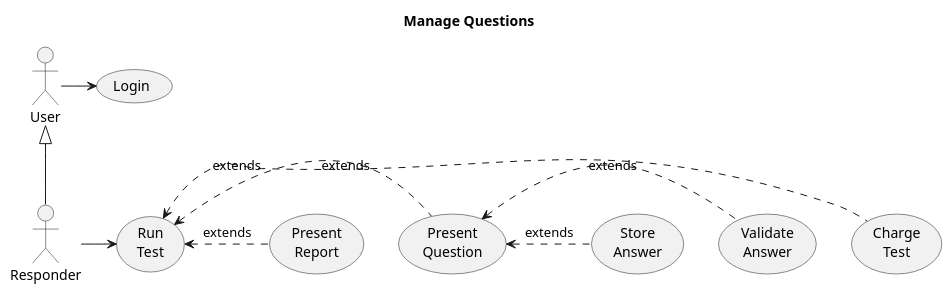
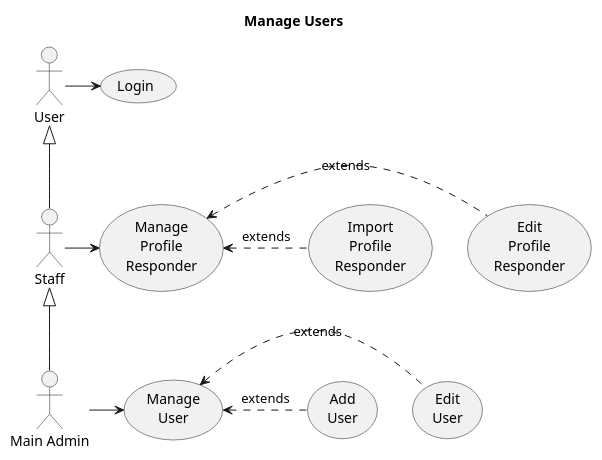
Before and after one commit to oemunoz/secretarytool: the diagram in uml/ManageQuestions.pu, drawn with PlantUML. The commit also changed 1 other file, not shown here.

Commit message:
Added Plantuml Case Uses.

```diff
--- a/uml/ManageQuestions.pu
+++ b/uml/ManageQuestions.pu
@@ -1,26 +1,26 @@
 @startuml
-title <b>Manage Questions</b>
+title <b>Manage Users</b>
 
-:Responder: as Responder
+:Staff: as Staff
+:Main Admin: as Admin
 
-(Run\nTest) as (Run)
-(Charge\nTest) as (Charge)
-(Present\nQuestion) as (PresentQ)
-(Present\nReport) as (PresentR)
+(Manage\nProfile\nResponder) as (Manage)
+(Import\nProfile\nResponder) as (Import)
+(Edit\nProfile\nResponder) as (Edit)
 
-(Validate\nAnswer) as (ValidateA)
-(Store\nAnswer) as (StoreA)
+(Manage\nUser) as (ManageU)
+(Add\nUser) as (AddU)
+(Edit\nUser) as (EditU)
 
-User <|-- Responder
+User <|-- Staff
+Staff <|-- Admin
 User -> (Login)
+Staff -> (Manage)
+(Manage) <. (Edit): extends
+(Manage) <. (Import): extends
 
-Responder -> (Run)
-(Run) <. (Charge): extends
-(Run) <. (PresentQ): extends
-(Run) <. (PresentR): extends
-
-(PresentQ) <. (ValidateA): extends
-(PresentQ) <. (StoreA): extends
-
+Admin -> (ManageU)
+(ManageU) <. (EditU): extends
+(ManageU) <. (AddU): extends
 
 @enduml
```
